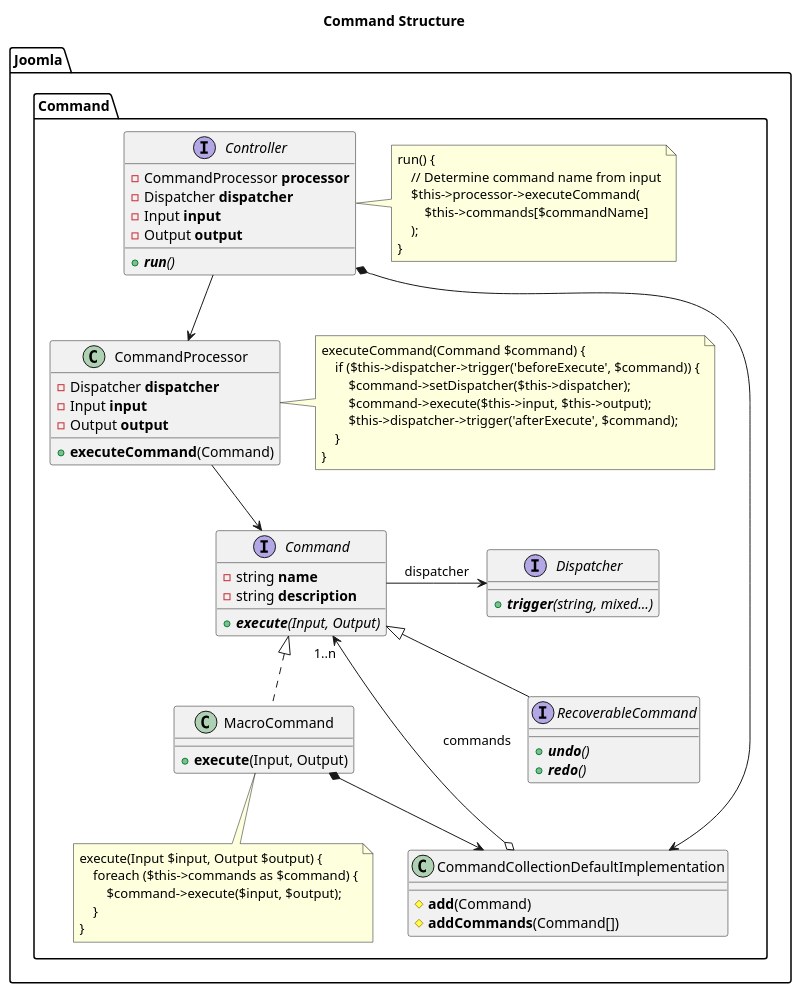
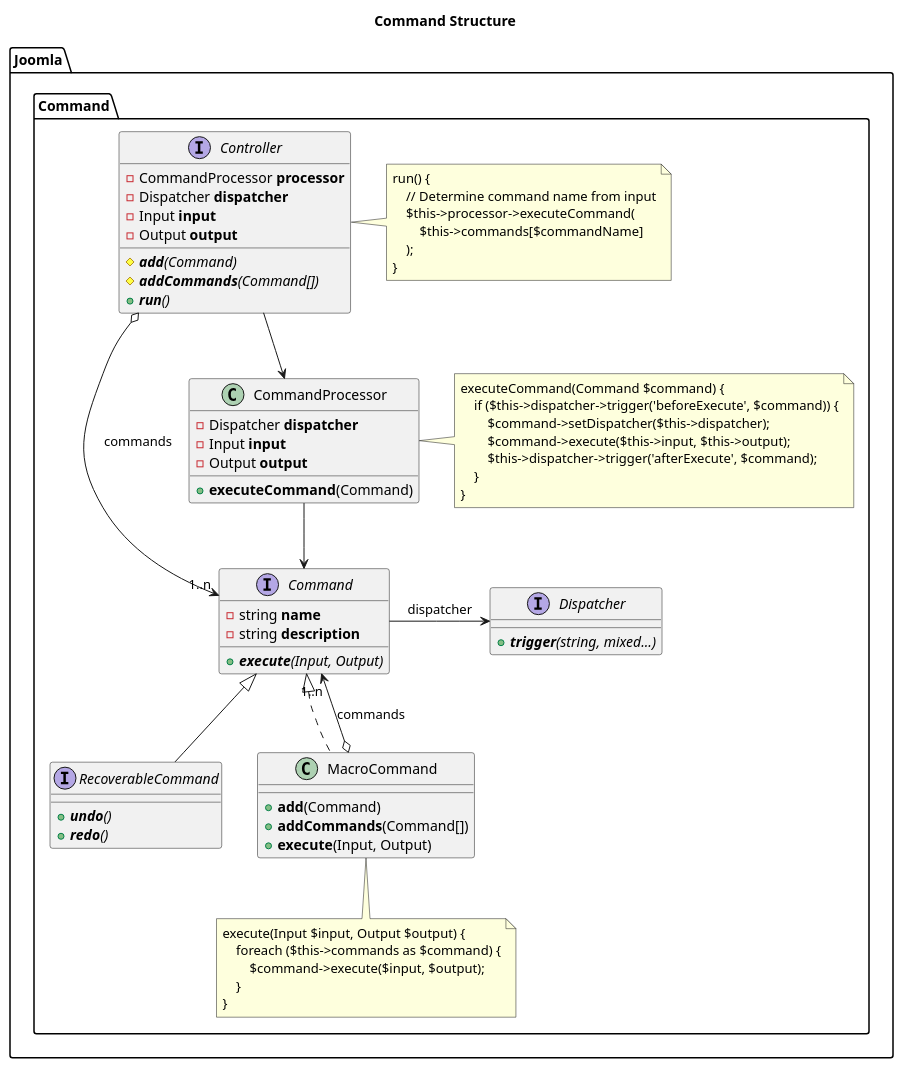
Before and after one commit to nibralab/joomla-architecture: the diagram in src/class-command.puml, drawn with PlantUML. The commit also changed 1 other file, not shown here.

Commit message:
Reverted introduction of CommandCollectionDefaultImplementation. While Controller contains a *set* of commands, MacroCommand contains an ordered *list* of commands - which obviously not is the same.

```diff
--- a/src/class-command.puml
+++ b/src/class-command.puml
@@ -1,79 +1,78 @@
 @startuml
 title Command Structure
 namespace Joomla.Command {
     interface Controller {
         -CommandProcessor <b>processor</b>
         -Dispatcher <b>dispatcher</b>
         -Input <b>input</b>
         -Output <b>output</b>
+        #{abstract} <b>add</b>(Command)
+        #{abstract} <b>addCommands</b>(Command[])
         +{abstract} <b>run</b>()
     }
     note as ControllerNote
         run() {
             // Determine command name from input
             $this->processor->executeCommand(
                 $this->commands[$commandName]
             );
         }
     end note
 
     Controller .right. ControllerNote
 
     interface Command {
         -string <b>name</b>
         -string <b>description</b>
         +{abstract} <b>execute</b>(Input, Output)
     }
 
     interface RecoverableCommand extends Command {
         +{abstract} <b>undo</b>()
         +{abstract} <b>redo</b>()
     }
 
     interface Dispatcher {
         +{abstract} <b>trigger</b>(string, mixed...)
     }
     Command -right-> Dispatcher: dispatcher
 
     class MacroCommand {
+        +<b>add</b>(Command)
+        +<b>addCommands</b>(Command[])
         +<b>execute</b>(Input, Output)
     }
 
     class MacroCommand implements Command
     note as MacroCommandNote
     execute(Input $input, Output $output) {
         foreach ($this->commands as $command) {
             $command->execute($input, $output);
         }
     }
     end note
     MacroCommand .. MacroCommandNote
 
     Controller --> CommandProcessor
     class CommandProcessor {
         -Dispatcher <b>dispatcher</b>
         -Input <b>input</b>
         -Output <b>output</b>
         +<b>executeCommand</b>(Command)
     }
     CommandProcessor --> Command
     note as CommandProcessorNote
         executeCommand(Command $command) {
             if ($this->dispatcher->trigger('beforeExecute', $command)) {
                 $command->setDispatcher($this->dispatcher);
                 $command->execute($this->input, $this->output);
                 $this->dispatcher->trigger('afterExecute', $command);
             }
         }
     end note
     CommandProcessor .right. CommandProcessorNote
 
-    class CommandCollectionDefaultImplementation {
-        #<b>add</b>(Command)
-        #<b>addCommands</b>(Command[])
-    }
-    CommandCollectionDefaultImplementation o-r-> "1..n" Command: commands
-    MacroCommand *--> CommandCollectionDefaultImplementation
-    Controller *--> CommandCollectionDefaultImplementation
+    MacroCommand o--> "1..n" Command: commands
+    Controller o--> "1..n" Command: commands
 }
 @enduml
```
